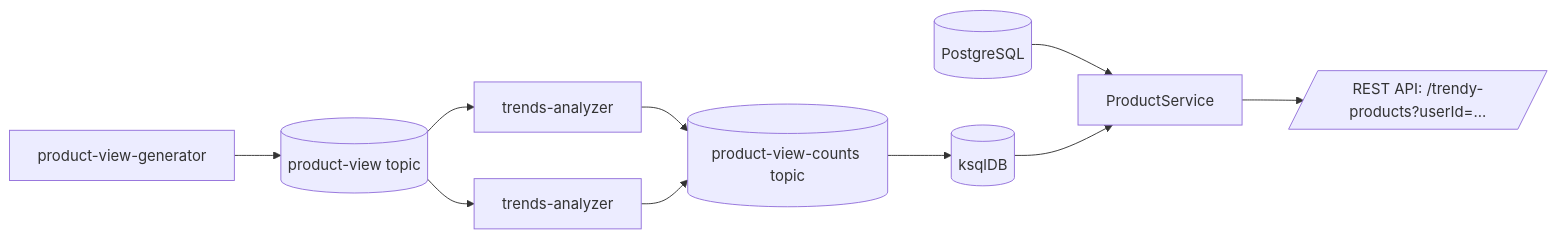
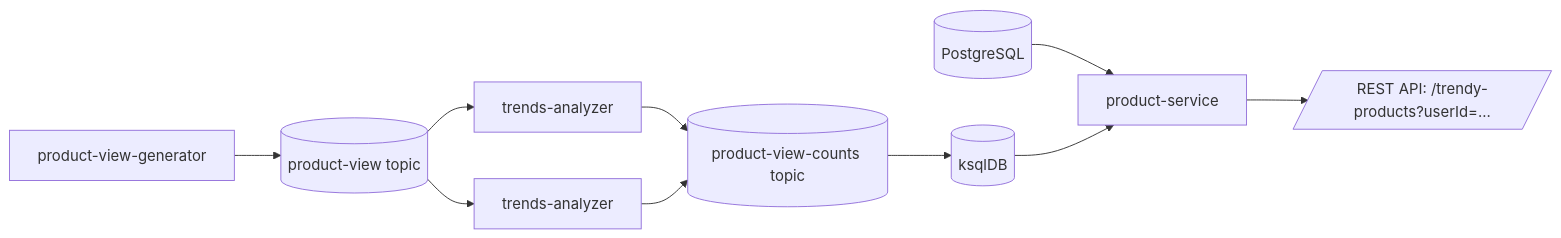
Before and after one commit to AndrewVerenich/distributed-backend-platform: the diagram in realtime-trends/README.md, drawn with Mermaid.

Commit message:
realtime-trends: readme

````diff
--- a/realtime-trends/README.md
+++ b/realtime-trends/README.md
@@ -33,12 +33,12 @@
 ```mermaid
 flowchart LR
     ProductViewGenerator[product-view-generator] --> Kafka[(product-view topic)]
     Kafka --> TrendsAnalyzer1[trends-analyzer]
     Kafka --> TrendsAnalyzer2[trends-analyzer]
     TrendsAnalyzer1 --> product-view-counts[(product-view-counts topic)]
     TrendsAnalyzer2 --> product-view-counts
     product-view-counts --> ksqlDB[(ksqlDB)]
-    Postgres[(PostgreSQL)] --> ProductService
+    Postgres[(PostgreSQL)] --> ProductService[product-service]
     ksqlDB --> ProductService
     ProductService --> API[/REST API: /trendy-products?userId=.../]
 ```
````
